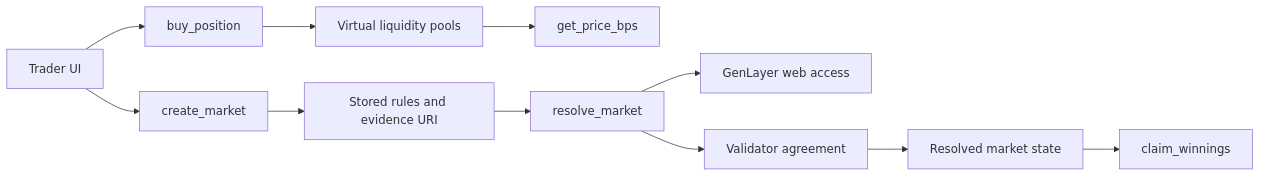
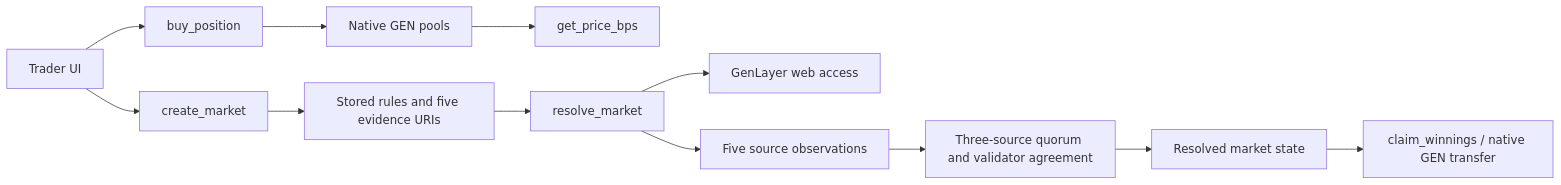
Before and after one commit to Manablaq/omnimarket: the diagram in docs/architecture.md, drawn with Mermaid. The commit also changed other lines of this file and 23 other files, not shown here.

````diff
--- a/docs/architecture.md
+++ b/docs/architecture.md
@@ -3,13 +3,14 @@
 ```mermaid
 flowchart LR
     Trader["Trader UI"] --> Create["create_market"]
     Trader --> Buy["buy_position"]
-    Buy --> Pools["Virtual liquidity pools"]
+    Buy --> Pools["Native GEN pools"]
     Pools --> Price["get_price_bps"]
-    Create --> Rules["Stored rules and evidence URI"]
+    Create --> Rules["Stored rules and five evidence URIs"]
     Rules --> Resolve["resolve_market"]
     Resolve --> Web["GenLayer web access"]
-    Resolve --> Consensus["Validator agreement"]
+    Resolve --> Sources["Five source observations"]
+    Sources --> Consensus["Three-source quorum and validator agreement"]
     Consensus --> State["Resolved market state"]
-    State --> Claim["claim_winnings"]
+    State --> Claim["claim_winnings / native GEN transfer"]
 ```
````
